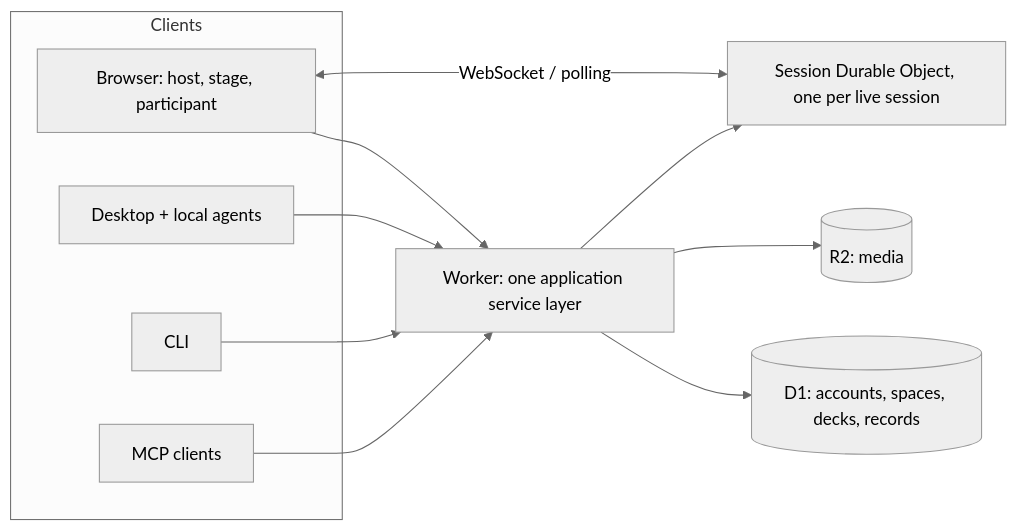
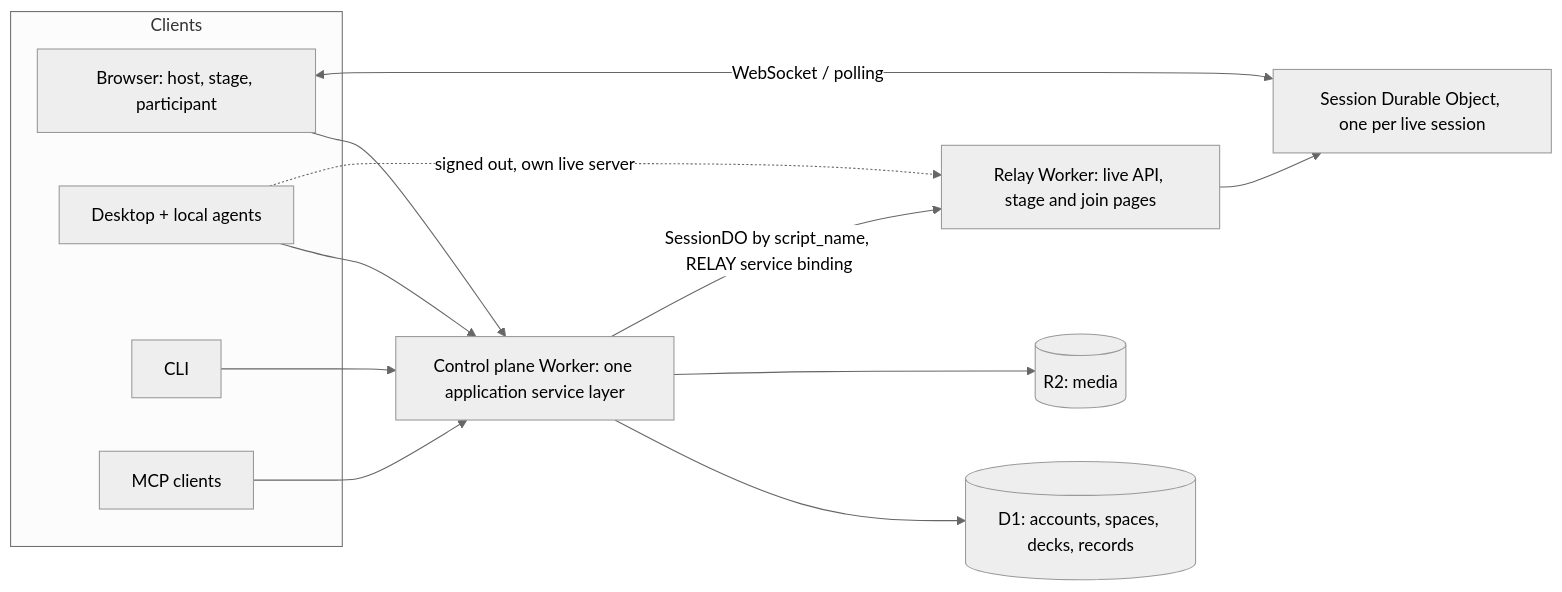
Before and after one commit to wisdomousai/openroom: the diagram in README.md, drawn with Mermaid (neutral theme). The commit also changed other lines of this file and 5 other files, not shown here.

First line of the commit message:
docs: describe the relay, its API, the Desktop live server and the two-Worker deploy

````diff
--- a/README.md
+++ b/README.md
@@ -40,14 +41,16 @@
 ```mermaid
 flowchart LR
   subgraph Clients
     B[Browser: host, stage, participant]
     D[Desktop + local agents]
     C[CLI]
     M[MCP clients]
   end
-  B & D & C & M --> W[Worker: one application service layer]
+  B & D & C & M --> W[Control plane Worker: one application service layer]
   W --> DB[(D1: accounts, spaces, decks, records)]
   W --> R2[(R2: media)]
-  W --> DO[Session Durable Object, one per live session]
+  W -->|SessionDO by script_name, RELAY service binding| RL[Relay Worker: live API, stage and join pages]
+  RL --> DO[Session Durable Object, one per live session]
   DO <-->|WebSocket / polling| B
+  D -.->|signed out, own live server| RL
 ```
````
